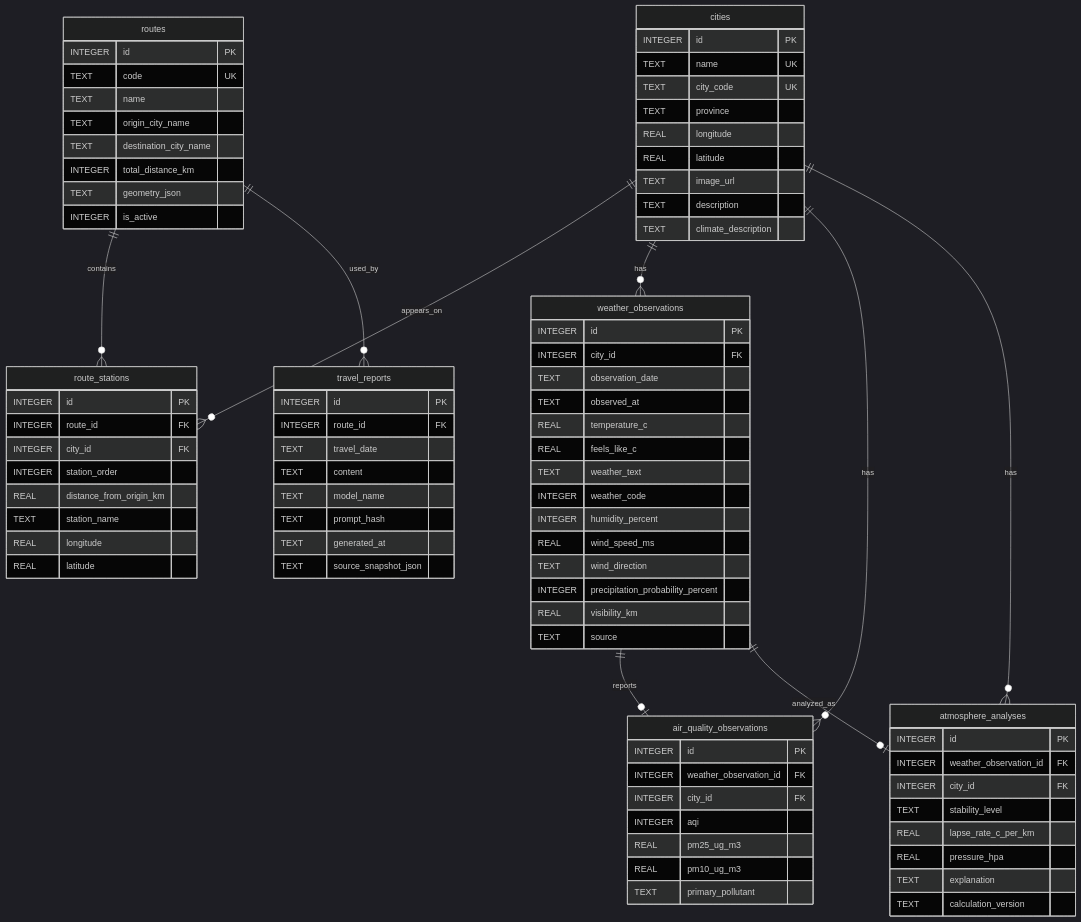
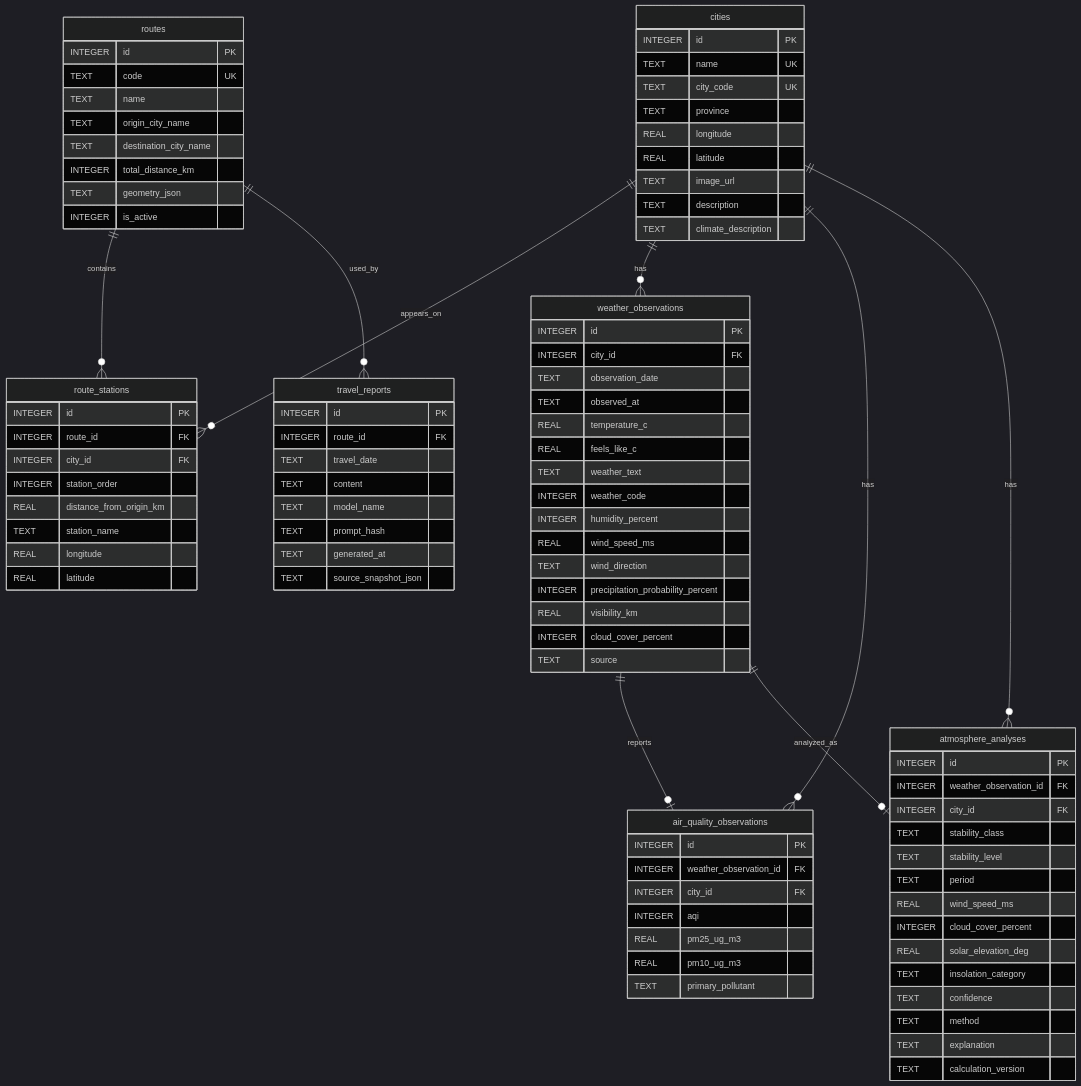
One commit to ChenPP-123/CtoN changed the diagram in docs/CtoN_Database_Design.md. Above: the diagram before and after it, drawn with Mermaid (dark theme). The commit also changed other lines of this file and 23 other files, not shown here.

```diff
--- a/docs/CtoN_Database_Design.md
+++ b/docs/CtoN_Database_Design.md
@@ -102,6 +102,7 @@
         TEXT wind_direction
         INTEGER precipitation_probability_percent
         REAL visibility_km
+        INTEGER cloud_cover_percent
         TEXT source
     }
     air_quality_observations {
@@ -117,9 +118,15 @@
         INTEGER id PK
         INTEGER weather_observation_id FK
         INTEGER city_id FK
+        TEXT stability_class
         TEXT stability_level
-        REAL lapse_rate_c_per_km
-        REAL pressure_hpa
+        TEXT period
+        REAL wind_speed_ms
+        INTEGER cloud_cover_percent
+        REAL solar_elevation_deg
+        TEXT insolation_category
+        TEXT confidence
+        TEXT method
         TEXT explanation
         TEXT calculation_version
     }
```
